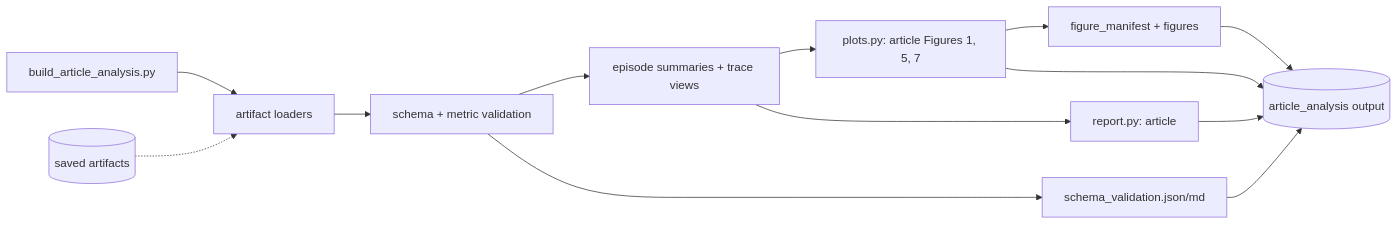
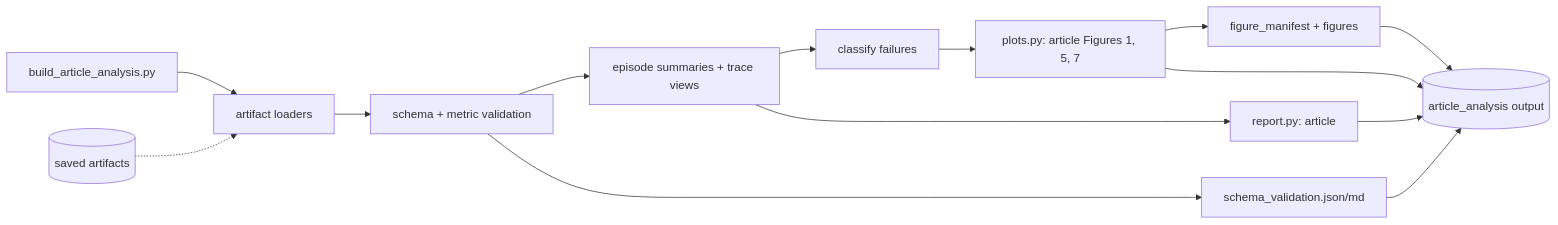
One commit to palindromeRice/openEnvRL changed the sixth of 6 diagrams in docs/notes/flow.md. Above: the diagram before and after it, drawn with Mermaid. The commit also changed other lines of this file and 2 other files, not shown here.

Commit message:
docs: plan final GRPO reliability audit

````diff
--- a/docs/notes/flow.md
+++ b/docs/notes/flow.md
@@ -102,16 +102,17 @@
 ```mermaid
 flowchart LR
     A1["build_article_analysis.py"] --> A2["artifact loaders"]
     A2 --> A3["schema + metric validation"]
     A3 --> A4["episode summaries + trace views"]
-    A4 --> A5["plots.py: article Figures 1, 5, 7"]
-    A4 --> A6["report.py: article"]
-    A3 --> A7["schema_validation.json/md"]
-    A5 --> A8["figure_manifest + figures"]
+    A4 --> A5["classify failures"]
+    A5 --> A6["plots.py: article Figures 1, 5, 7"]
+    A4 --> A7["report.py: article"]
+    A3 --> A8["schema_validation.json/md"]
+    A6 --> A9["figure_manifest + figures"]
 
     I1[("saved artifacts")] -.-> A2
-    A5 --> O1[("article_analysis output")]
-    A6 --> O1
+    A6 --> O1[("article_analysis output")]
     A7 --> O1
     A8 --> O1
+    A9 --> O1
 ```
````
